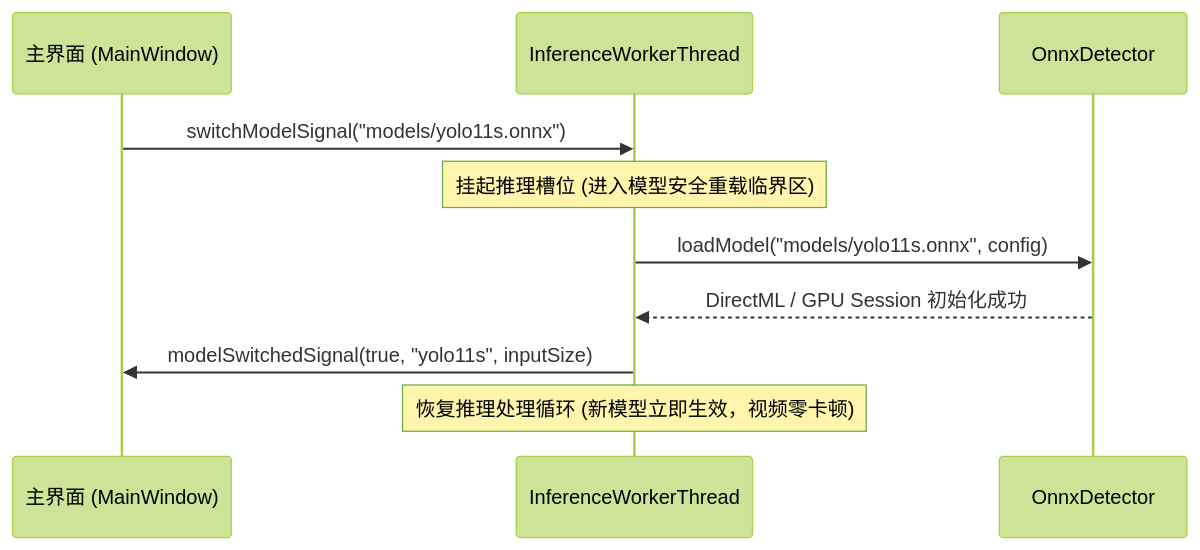
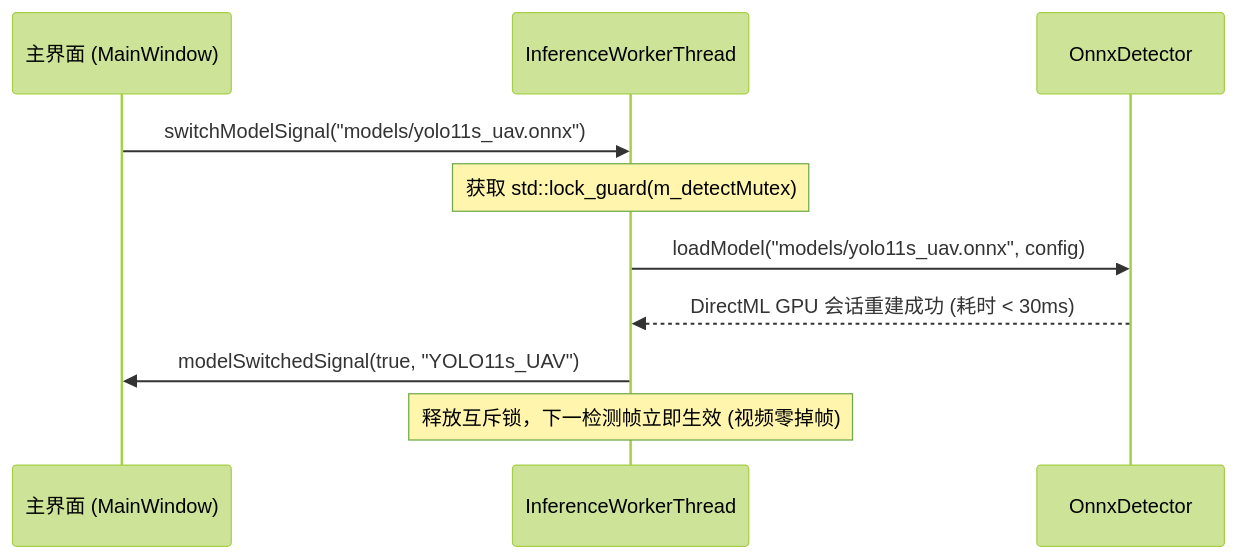
The diagram in 待执行方案/03_YOLO多模型(v8n_11n_11s)性能横评与动态切换实操方案.md (soranokiseki1437/nanhu_RGB_PTZ), drawn with Mermaid (forest theme) before and after one commit. The commit also changed other lines of this file and 5 other files, not shown here.

````diff
--- a/待执行方案/03_YOLO多模型(v8n_11n_11s)性能横评与动态切换实操方案.md
+++ b/待执行方案/03_YOLO多模型(v8n_11n_11s)性能横评与动态切换实操方案.md
@@ -104,13 +158,13 @@
 ```mermaid
 sequenceDiagram
     participant UI as 主界面 (MainWindow)
     participant Worker as InferenceWorkerThread
     participant Detector as OnnxDetector
 
-    UI->>Worker: switchModelSignal("models/yolo11s.onnx")
-    Note over Worker: 挂起推理槽位 (进入模型安全重载临界区)
-    Worker->>Detector: loadModel("models/yolo11s.onnx", config)
-    Detector-->>Worker: DirectML / GPU Session 初始化成功
-    Worker->>UI: modelSwitchedSignal(true, "yolo11s", inputSize)
-    Note over Worker: 恢复推理处理循环 (新模型立即生效，视频零卡顿)
+    UI->>Worker: switchModelSignal("models/yolo11s_uav.onnx")
+    Note over Worker: 获取 std::lock_guard(m_detectMutex)
+    Worker->>Detector: loadModel("models/yolo11s_uav.onnx", config)
+    Detector-->>Worker: DirectML GPU 会话重建成功 (耗时 < 30ms)
+    Worker->>UI: modelSwitchedSignal(true, "YOLO11s_UAV")
+    Note over Worker: 释放互斥锁，下一检测帧立即生效 (视频零掉帧)
 ```
````
